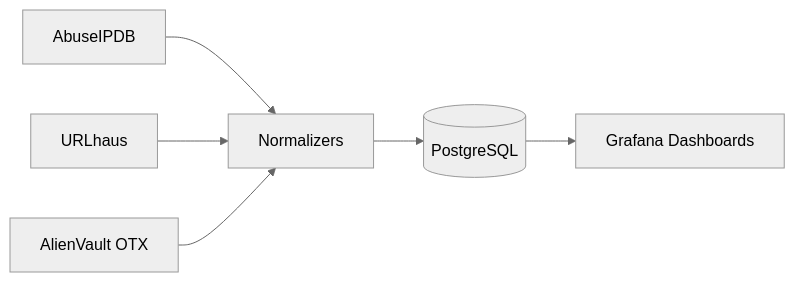
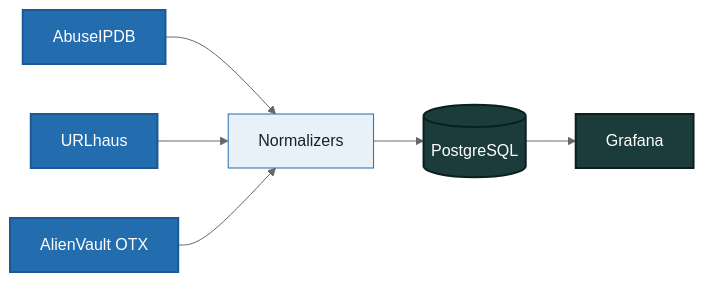
One commit to PaulinaIA/PaulinaIA changed the fifth of 6 diagrams in README.md. Above: the diagram before and after it, drawn with Mermaid (neutral theme). The commit also changed other lines of this file, not shown here.

````diff
--- a/README.md
+++ b/README.md
@@ -72,8 +164,15 @@
 ```mermaid
 flowchart LR
-  S1[AbuseIPDB] --> N[Normalizers]
-  S2[URLhaus] --> N
-  S3[AlienVault OTX] --> N
-  N --> DB[(PostgreSQL)]
-  DB --> G[Grafana Dashboards]
+    S1[AbuseIPDB] --> N[Normalizers]
+    S2[URLhaus] --> N
+    S3[AlienVault OTX] --> N
+    N --> DB[(PostgreSQL)]
+    DB --> GR[Grafana]
+
+    classDef source fill:#236DAF,stroke:#1a5a94,color:#fff,stroke-width:2px
+    classDef process fill:#E8F0F8,stroke:#236DAF,color:#1a202c,stroke-width:1px
+    classDef storage fill:#1C3C3C,stroke:#0a1f1f,color:#fff,stroke-width:2px
+    class S1,S2,S3 source
+    class N process
+    class DB,GR storage
 ```
````
